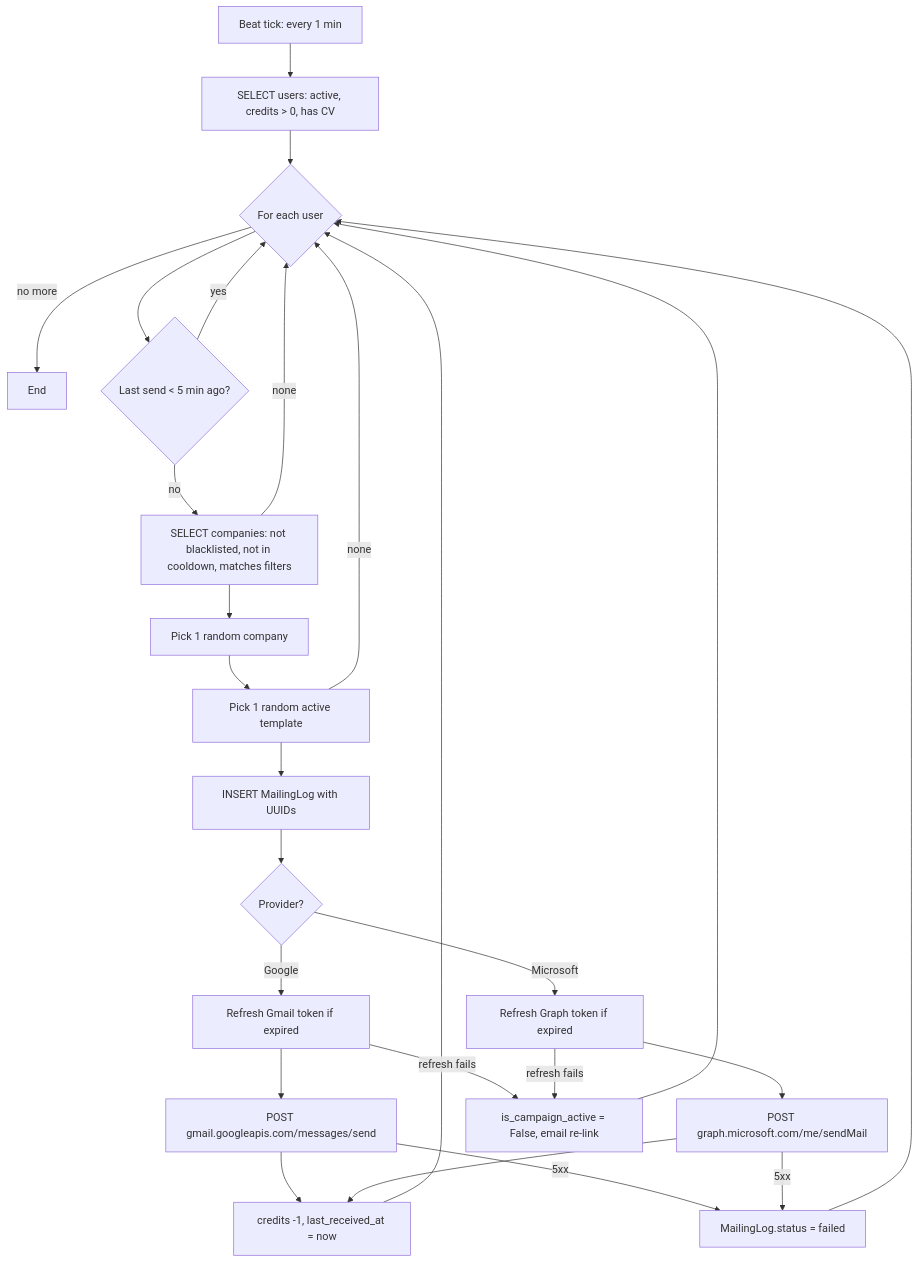
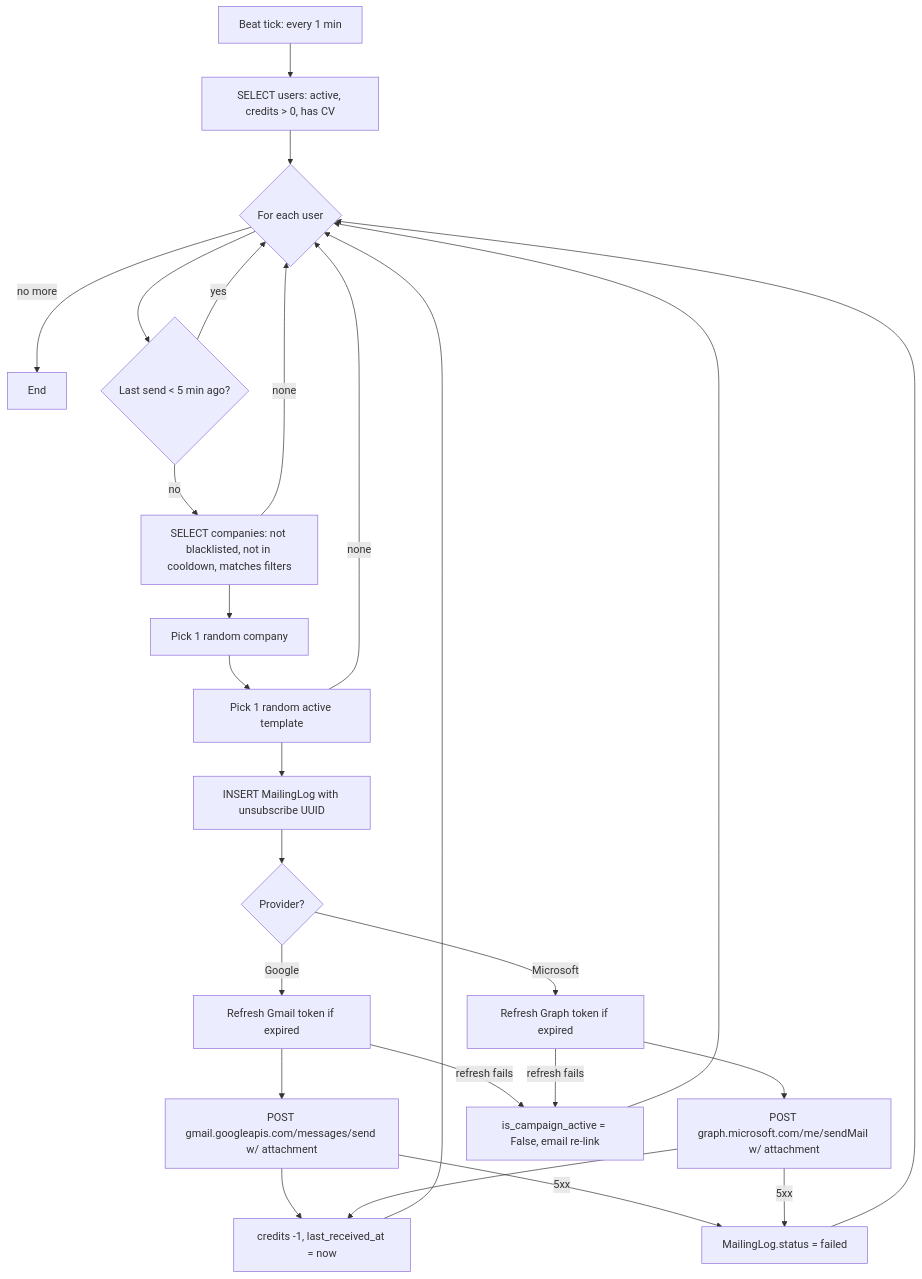
The second of 2 diagrams in docs/features/mailing-engine.md (darideveloper/fastjob), drawn with Mermaid before and after one commit. The commit also changed other lines of this file and 9 other files, not shown here.

````diff
--- a/docs/features/mailing-engine.md
+++ b/docs/features/mailing-engine.md
@@ -98,28 +97,28 @@
 ```mermaid
 flowchart TD
     Start[Beat tick: every 1 min] --> ActiveUsers[SELECT users: active, credits > 0, has CV]
     ActiveUsers --> LoopUser{For each user}
     LoopUser -->|no more| End
     LoopUser --> CheckInterval{Last send < 5 min ago?}
     CheckInterval -->|yes| LoopUser
     CheckInterval -->|no| Candidates[SELECT companies: not blacklisted, not in cooldown, matches filters]
     Candidates -->|none| LoopUser
     Candidates --> PickCompany[Pick 1 random company]
     PickCompany --> PickTemplate[Pick 1 random active template]
     PickTemplate -->|none| LoopUser
-    PickTemplate --> CreateLog[INSERT MailingLog with UUIDs]
+    PickTemplate --> CreateLog[INSERT MailingLog with unsubscribe UUID]
     CreateLog --> Send{Provider?}
     Send -->|Google| RefreshG[Refresh Gmail token if expired]
     Send -->|Microsoft| RefreshM[Refresh Graph token if expired]
-    RefreshG --> Gmail[POST gmail.googleapis.com/messages/send]
-    RefreshM --> Graph[POST graph.microsoft.com/me/sendMail]
+    RefreshG --> Gmail[POST gmail.googleapis.com/messages/send w/ attachment]
+    RefreshM --> Graph[POST graph.microsoft.com/me/sendMail w/ attachment]
     Gmail --> Success
     Graph --> Success
     RefreshG -->|refresh fails| Pause
     RefreshM -->|refresh fails| Pause
     Gmail -->|5xx| LogFail
     Graph -->|5xx| LogFail
     Success[credits -1, last_received_at = now] --> LoopUser
     Pause[is_campaign_active = False, email re-link] --> LoopUser
     LogFail[MailingLog.status = failed] --> LoopUser
 ```
````
